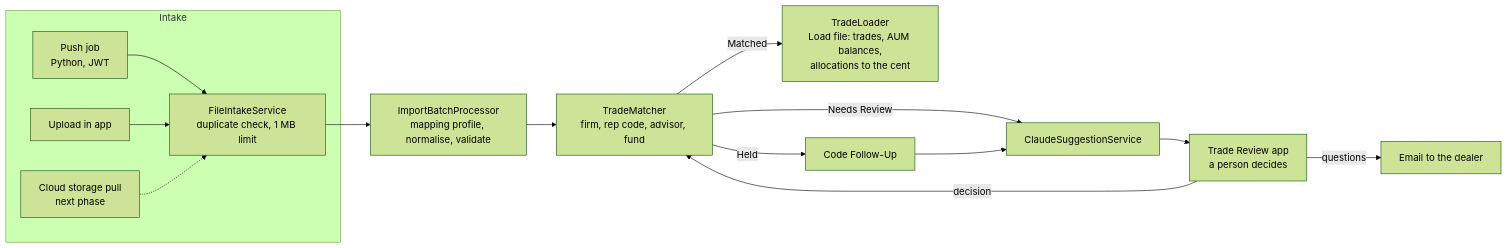
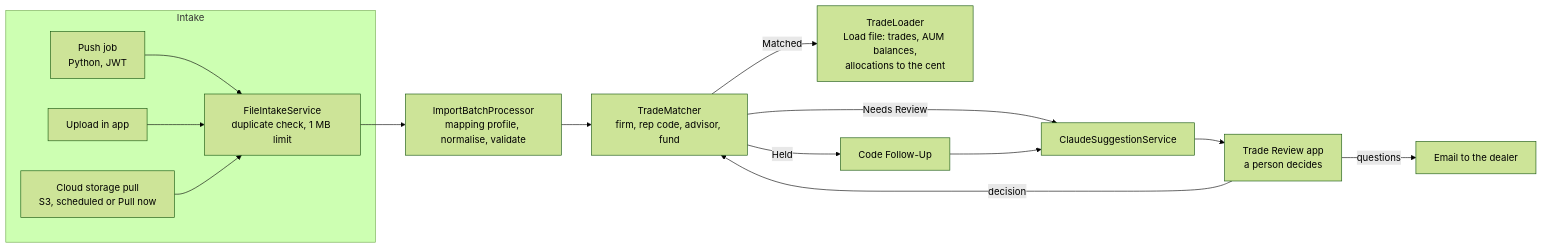
Before and after one commit to thebaron1447-a11y/Trade-View: the diagram in README.md, drawn with Mermaid (forest theme). The commit also changed other lines of this file and 86 other files, not shown here.

Commit message:
Phase 4c S3 cloud pull, 4f unified review layout with code reviews on hold, Data Review rename, mixed-confidence sample files

````diff
--- a/README.md
+++ b/README.md
@@ -54,18 +56,18 @@
 ```mermaid
 flowchart LR
     subgraph Intake
         A[Push job<br/>Python, JWT] --> I
         B[Upload in app] --> I
-        C[Cloud storage pull<br/>next phase] -.-> I
+        C[Cloud storage pull<br/>S3, scheduled or Pull now] --> I
         I[FileIntakeService<br/>duplicate check, 1 MB limit]
     end
     I --> P[ImportBatchProcessor<br/>mapping profile, normalise, validate]
     P --> M[TradeMatcher<br/>firm, rep code, advisor, fund]
     M -->|Matched| L[TradeLoader<br/>Load file: trades, AUM balances,<br/>allocations to the cent]
     M -->|Held| F[Code Follow-Up]
     M -->|Needs Review| S[ClaudeSuggestionService]
     F --> S
     S --> R[Trade Review app<br/>a person decides]
     R -->|decision| M
     R -->|questions| E[Email to the dealer]
 ```
````
